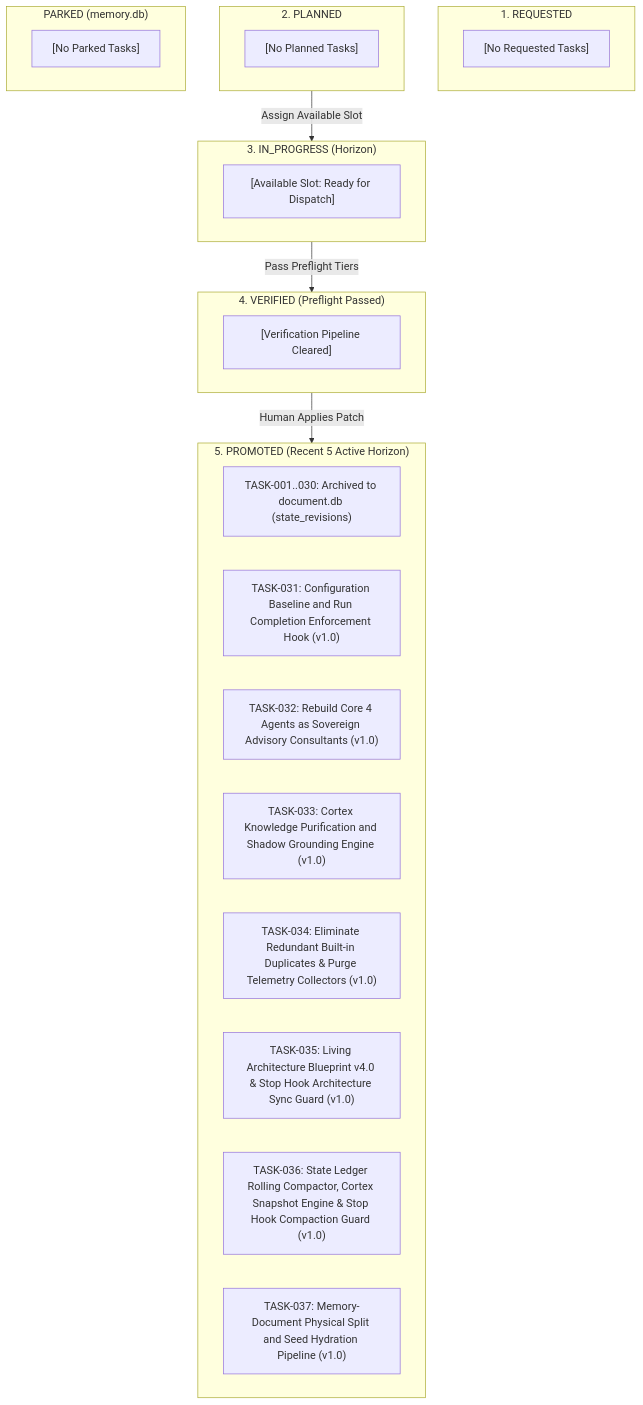
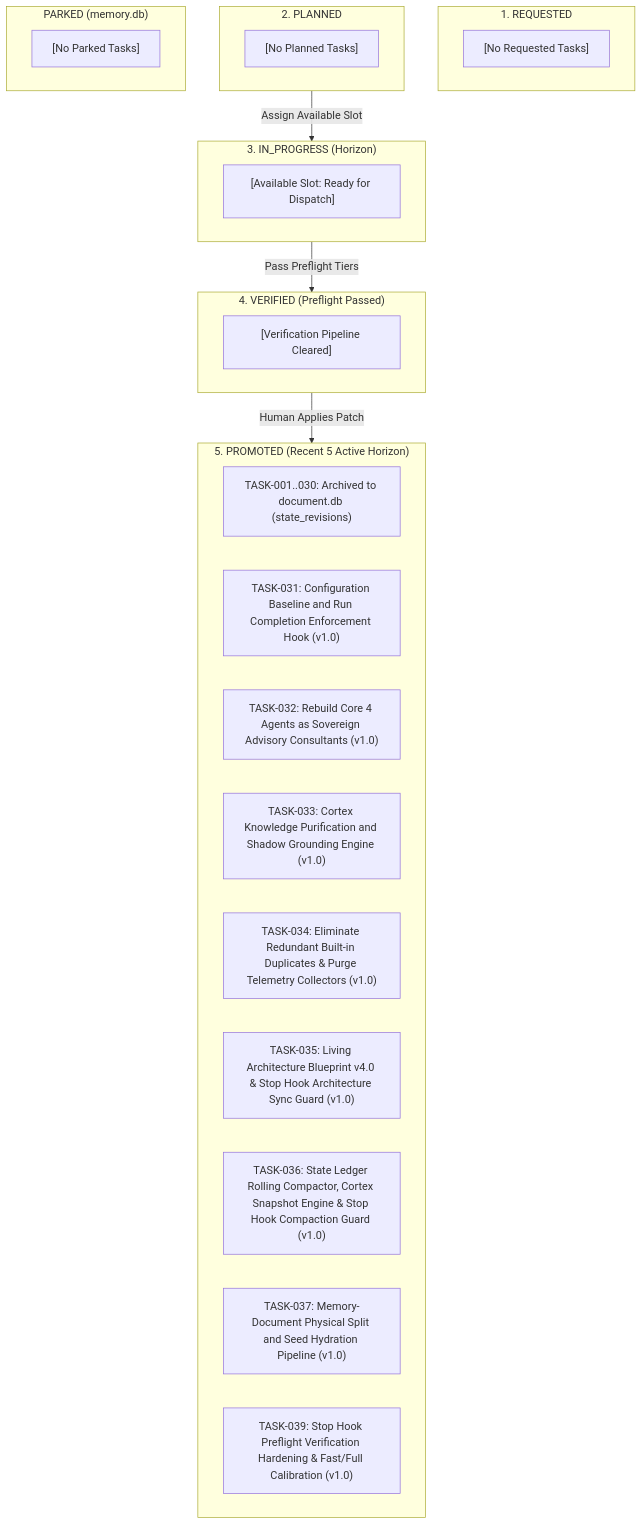
One commit to jinseobhong/antigravity-autopoiesis changed the third of 4 diagrams in docs/active/CURRENT_STATE.md. Above: the diagram before and after it, drawn with Mermaid. The commit also changed other lines of this file and 3 other files, not shown here.

Commit message:
feat(gates): harden Stop hook with mechanical preflight test gating and fast/full calibration (TASK-039)

````diff
--- a/docs/active/CURRENT_STATE.md
+++ b/docs/active/CURRENT_STATE.md
@@ -129,37 +129,38 @@
 ```mermaid
 flowchart TD
     subgraph ColRequested ["1. REQUESTED"]
         REQ_100["[No Requested Tasks]"]
     end
 
     subgraph ColPlanned ["2. PLANNED"]
         PLN_100["[No Planned Tasks]"]
     end
 
     subgraph ColParked ["PARKED (memory.db)"]
         PRK_100["[No Parked Tasks]"]
     end
 
     subgraph ColActive ["3. IN_PROGRESS (Horizon)"]
         ACT_100["[Available Slot: Ready for Dispatch]"]
     end
 
     subgraph ColVerified ["4. VERIFIED (Preflight Passed)"]
         VER_100["[Verification Pipeline Cleared]"]
     end
 
     subgraph ColPromoted ["5. PROMOTED (Recent 5 Active Horizon)"]
         PRM_ARCH["TASK-001..030: Archived to document.db (state_revisions)"]
         PRM_131["TASK-031: Configuration Baseline and Run Completion Enforcement Hook (v1.0)"]
         PRM_132["TASK-032: Rebuild Core 4 Agents as Sovereign Advisory Consultants (v1.0)"]
         PRM_133["TASK-033: Cortex Knowledge Purification and Shadow Grounding Engine (v1.0)"]
         PRM_134["TASK-034: Eliminate Redundant Built-in Duplicates & Purge Telemetry Collectors (v1.0)"]
         PRM_135["TASK-035: Living Architecture Blueprint v4.0 & Stop Hook Architecture Sync Guard (v1.0)"]
         PRM_136["TASK-036: State Ledger Rolling Compactor, Cortex Snapshot Engine & Stop Hook Compaction Guard (v1.0)"]
         PRM_137["TASK-037: Memory-Document Physical Split and Seed Hydration Pipeline (v1.0)"]
+        PRM_139["TASK-039: Stop Hook Preflight Verification Hardening & Fast/Full Calibration (v1.0)"]
     end
 
     ColPlanned -->|"Assign Available Slot"| ColActive
     ColActive -->|"Pass Preflight Tiers"| ColVerified
     ColVerified -->|"Human Applies Patch"| ColPromoted
 ```
````
